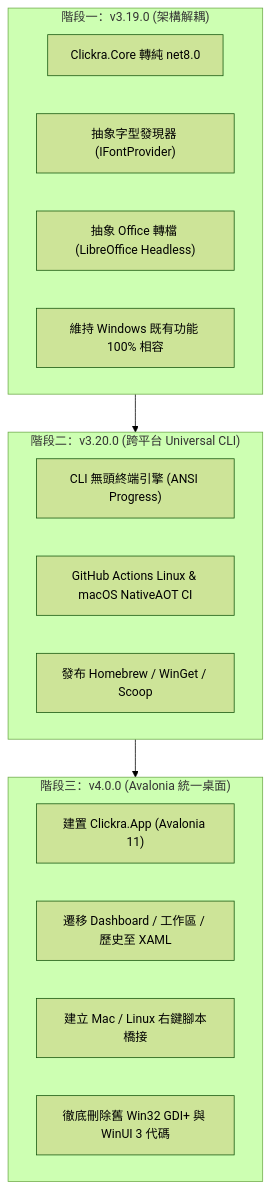
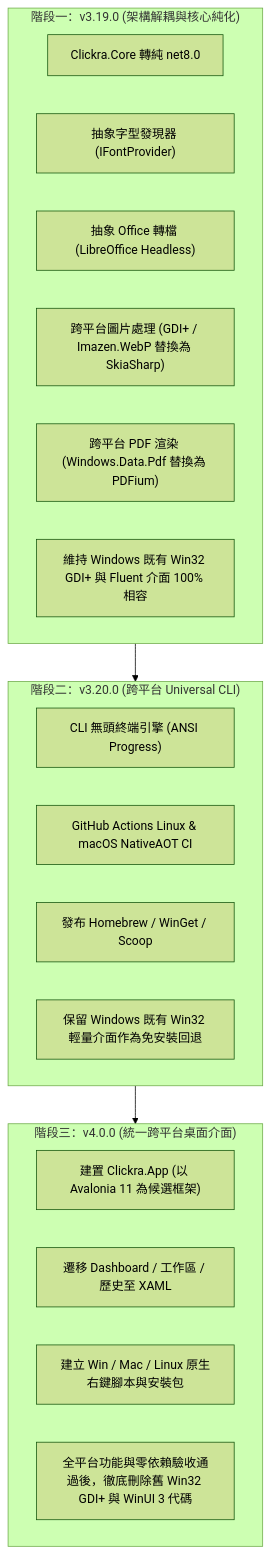
One commit to Youchenjiang/Clickra changed the diagram in docs/specs/v4_cross_platform_unification.md. Above: the diagram before and after it, drawn with Mermaid (forest theme). The commit also changed other lines of this file and 2 other files, not shown here.

````diff
--- a/docs/specs/v4_cross_platform_unification.md
+++ b/docs/specs/v4_cross_platform_unification.md
@@ -83,24 +94,27 @@
 ```mermaid
 flowchart TD
-    subgraph Phase1["階段一：v3.19.0 (架構解耦)"]
+    subgraph Phase1["階段一：v3.19.0 (架構解耦與核心純化)"]
         P1_1["Clickra.Core 轉純 net8.0"]
         P1_2["抽象字型發現器 (IFontProvider)"]
         P1_3["抽象 Office 轉檔 (LibreOffice Headless)"]
-        P1_4["維持 Windows 既有功能 100% 相容"]
+        P1_4["跨平台圖片處理 (GDI+ / Imazen.WebP 替換為 SkiaSharp)"]
+        P1_5["跨平台 PDF 渲染 (Windows.Data.Pdf 替換為 PDFium)"]
+        P1_6["維持 Windows 既有 Win32 GDI+ 與 Fluent 介面 100% 相容"]
     end
 
     subgraph Phase2["階段二：v3.20.0 (跨平台 Universal CLI)"]
         P2_1["CLI 無頭終端引擎 (ANSI Progress)"]
         P2_2["GitHub Actions Linux & macOS NativeAOT CI"]
         P2_3["發布 Homebrew / WinGet / Scoop"]
+        P2_4["保留 Windows 既有 Win32 輕量介面作為免安裝回退"]
     end
 
-    subgraph Phase3["階段三：v4.0.0 (Avalonia 統一桌面)"]
-        P3_1["建置 Clickra.App (Avalonia 11)"]
+    subgraph Phase3["階段三：v4.0.0 (統一跨平台桌面介面)"]
+        P3_1["建置 Clickra.App (以 Avalonia 11 為候選框架)"]
         P3_2["遷移 Dashboard / 工作區 / 歷史至 XAML"]
-        P3_3["建立 Mac / Linux 右鍵腳本橋接"]
-        P3_4["徹底刪除舊 Win32 GDI+ 與 WinUI 3 代碼"]
+        P3_3["建立 Win / Mac / Linux 原生右鍵腳本與安裝包"]
+        P3_4["全平台功能與零依賴驗收通過後，徹底刪除舊 Win32 GDI+ 與 WinUI 3 代碼"]
     end
 
     Phase1 --> Phase2 --> Phase3
 ```
````
